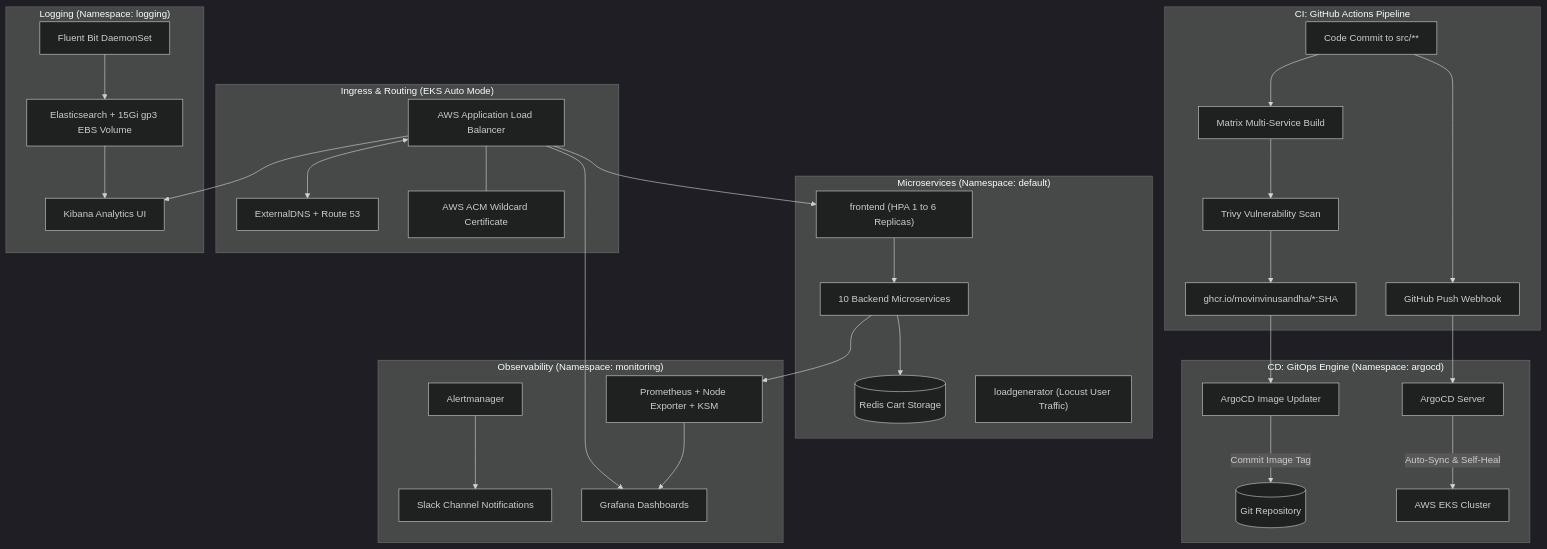
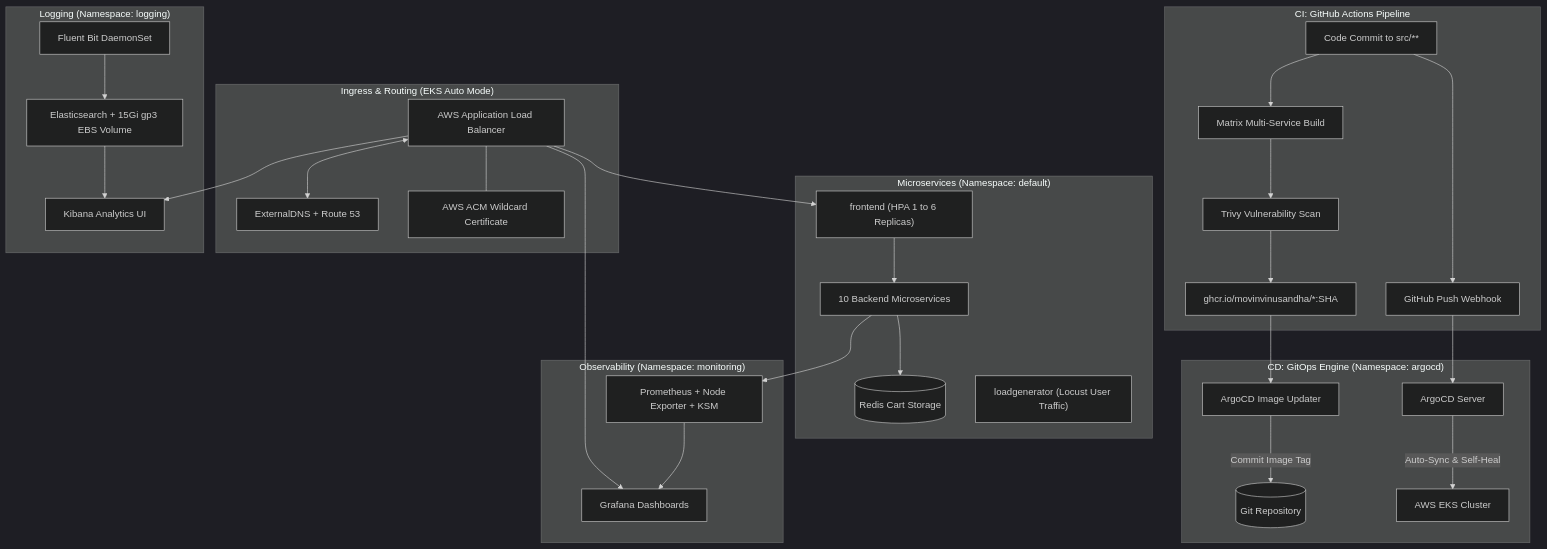
The diagram in README.md (MovinVinusandha/google-microservices-demo), drawn with Mermaid (dark theme) before and after one commit. The commit also changed other lines of this file and 2 other files, not shown here.

Commit message:
build: update observability documentation and remove Slack integration references

````diff
--- a/README.md
+++ b/README.md
@@ -29,45 +29,44 @@
 ```mermaid
 flowchart TD
     subgraph CI ["CI: GitHub Actions Pipeline"]
         DEV["Code Commit to src/**"] --> MATRIX["Matrix Multi-Service Build"]
         MATRIX --> TRIVY["Trivy Vulnerability Scan"]
         TRIVY --> REGISTRY["ghcr.io/movinvinusandha/*:SHA"]
         DEV --> WEBHOOK["GitHub Push Webhook"]
     end
 
     subgraph CD ["CD: GitOps Engine (Namespace: argocd)"]
         WEBHOOK --> ARGOCD["ArgoCD Server"]
         REGISTRY --> UPDATER["ArgoCD Image Updater"]
         UPDATER -->|Commit Image Tag| GIT_REPO[("Git Repository")]
         ARGOCD -->|Auto-Sync & Self-Heal| EKS["AWS EKS Cluster"]
     end
 
     subgraph INGRESS ["Ingress & Routing (EKS Auto Mode)"]
         ALB["AWS Application Load Balancer"]
         EXT_DNS["ExternalDNS + Route 53"]
         ACM["AWS ACM Wildcard Certificate"]
         ALB --- ACM
         ALB <--> EXT_DNS
     end
 
     subgraph WORKLOADS ["Microservices (Namespace: default)"]
         ALB --> FRONTEND["frontend (HPA 1 to 6 Replicas)"]
         FRONTEND --> MICROSERVICES["10 Backend Microservices"]
         MICROSERVICES --> REDIS[("Redis Cart Storage")]
         LOADGEN["loadgenerator (Locust User Traffic)"]
     end
 
     subgraph MONITORING ["Observability (Namespace: monitoring)"]
         PROM["Prometheus + Node Exporter + KSM"]
-        AM["Alertmanager"] --> SLACK["Slack Channel Notifications"]
         ALB --> GRAFANA["Grafana Dashboards"]
         MICROSERVICES --> PROM
         PROM --> GRAFANA
     end
 
     subgraph LOGGING ["Logging (Namespace: logging)"]
         FB["Fluent Bit DaemonSet"] --> ES["Elasticsearch + 15Gi gp3 EBS Volume"]
         ES --> KIBANA["Kibana Analytics UI"]
         ALB --> KIBANA
     end
 ```
````
